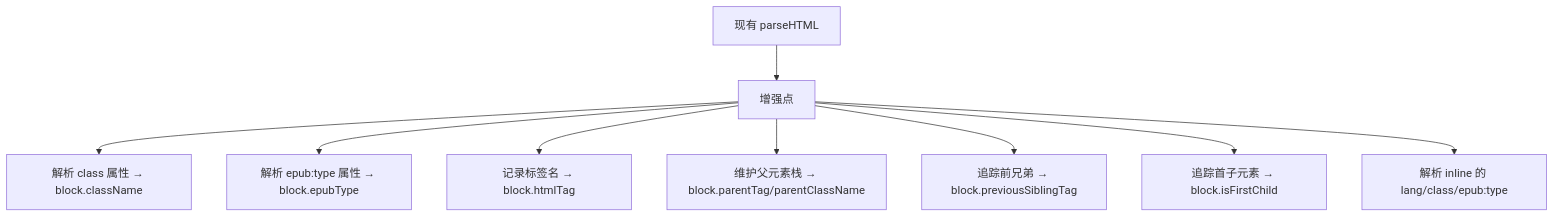
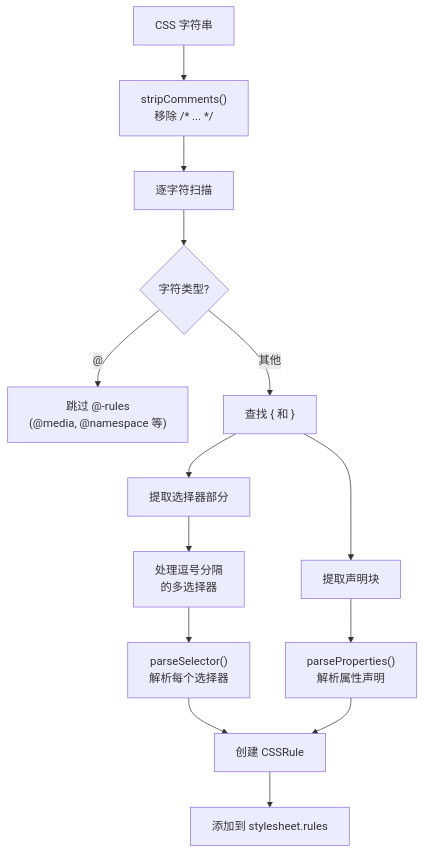
The eighth of 13 diagrams in DESIGN.md (readmigo/typesetting), drawn with Mermaid before and after one commit. The commit also changed other lines of this file, not shown here.

````diff
--- a/DESIGN.md
+++ b/DESIGN.md
@@ -290,11 +533,16 @@
 ```mermaid
 flowchart TD
-    A["现有 parseHTML"] --> B["增强点"]
-    B --> C["解析 class 属性 → block.className"]
-    B --> D["解析 epub:type 属性 → block.epubType"]
-    B --> E["记录标签名 → block.htmlTag"]
-    B --> F["维护父元素栈 → block.parentTag/parentClassName"]
-    B --> G["追踪前兄弟 → block.previousSiblingTag"]
-    B --> H["追踪首子元素 → block.isFirstChild"]
-    B --> I["解析 inline 的 lang/class/epub:type"]
+    A["CSS 字符串"] --> B["stripComments()<br/>移除 /* ... */"]
+    B --> C["逐字符扫描"]
+    C --> D{字符类型?}
+    D -- "@" --> E["跳过 @-rules<br/>(@media, @namespace 等)"]
+    D -- "其他" --> F["查找 { 和 }"]
+    F --> G["提取选择器部分"]
+    F --> H["提取声明块"]
+    G --> I["处理逗号分隔<br/>的多选择器"]
+    I --> J["parseSelector()<br/>解析每个选择器"]
+    H --> K["parseProperties()<br/>解析属性声明"]
+    J --> L["创建 CSSRule"]
+    K --> L
+    L --> M["添加到 stylesheet.rules"]
 ```
````
